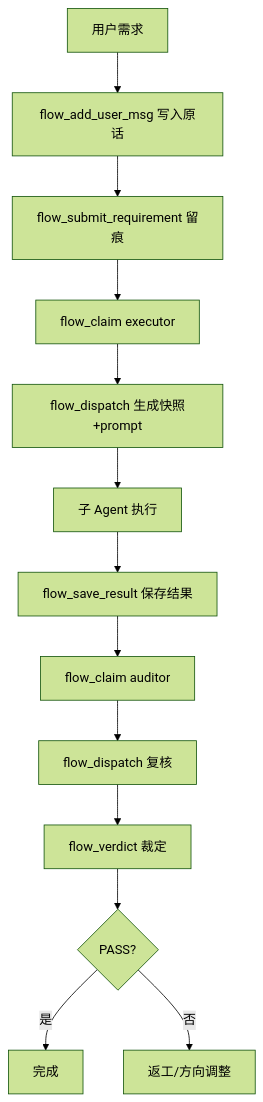
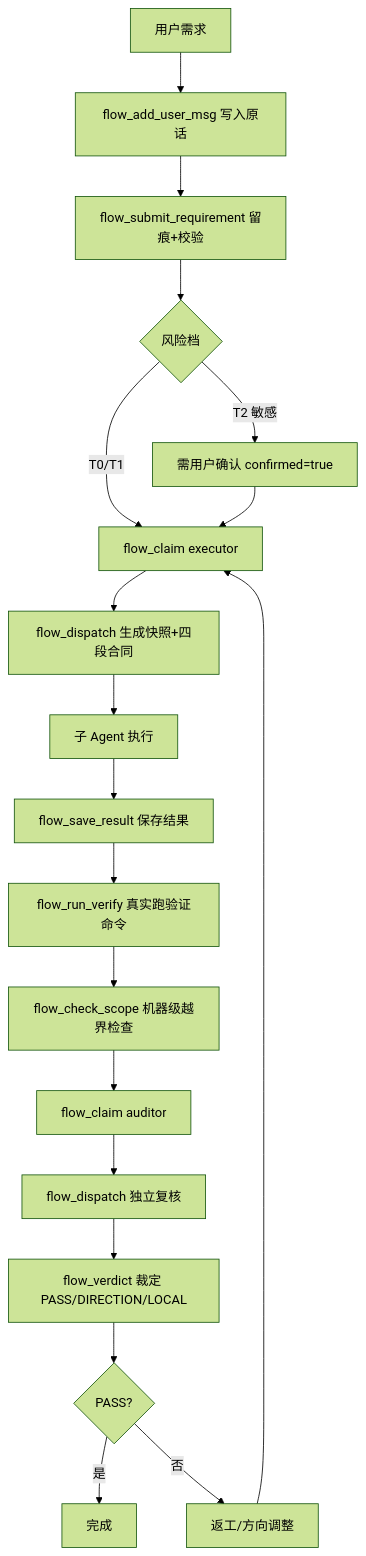
Before and after one commit to skyer-now/carlos-flow: the diagram in README.md, drawn with Mermaid (forest theme). The commit also changed other lines of this file and 1 other file, not shown here.

````diff
--- a/README.md
+++ b/README.md
@@ -75,15 +78,21 @@
 ```mermaid
 flowchart TD
     A[用户需求] --> B[flow_add_user_msg 写入原话]
-    B --> C[flow_submit_requirement 留痕]
-    C --> D[flow_claim executor]
-    D --> E[flow_dispatch 生成快照+prompt]
-    E --> F[子 Agent 执行]
-    F --> G[flow_save_result 保存结果]
-    G --> H[flow_claim auditor]
-    H --> I[flow_dispatch 复核]
-    I --> J[flow_verdict 裁定]
-    J --> K{PASS?}
-    K -->|是| L[完成]
-    K -->|否| M[返工/方向调整]
+    B --> C[flow_submit_requirement 留痕+校验]
+    C --> D{风险档}
+    D -->|T0/T1| E[flow_claim executor]
+    D -->|T2 敏感| F[需用户确认 confirmed=true]
+    F --> E
+    E --> G[flow_dispatch 生成快照+四段合同]
+    G --> H[子 Agent 执行]
+    H --> I[flow_save_result 保存结果]
+    I --> J[flow_run_verify 真实跑验证命令]
+    J --> K[flow_check_scope 机器级越界检查]
+    K --> L[flow_claim auditor]
+    L --> M[flow_dispatch 独立复核]
+    M --> N[flow_verdict 裁定 PASS/DIRECTION/LOCAL]
+    N --> O{PASS?}
+    O -->|是| P[完成]
+    O -->|否| Q[返工/方向调整]
+    Q --> E
 ```
````
